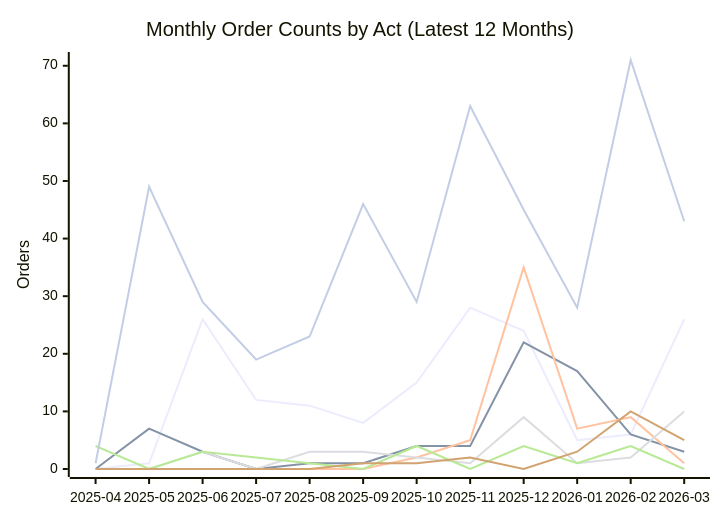
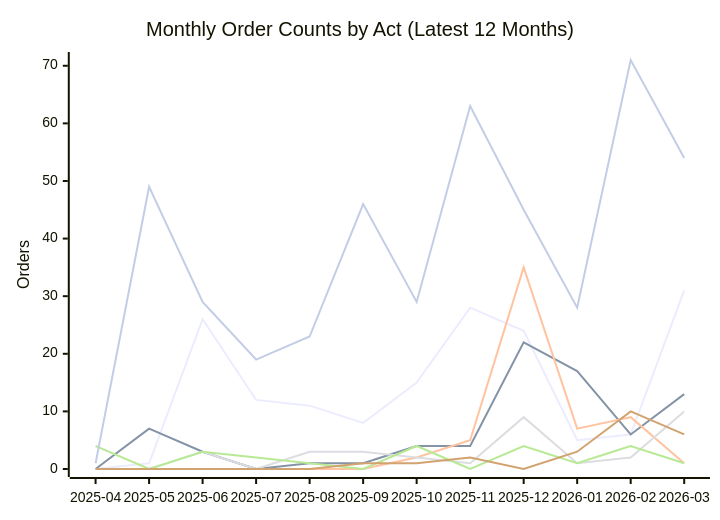
Before and after one commit to PatLittle/oic-data: the second of 2 diagrams in README.md, drawn with Mermaid. The commit also changed other lines of this file and 59 other files, not shown here.

````diff
--- a/README.md
+++ b/README.md
@@ -71,13 +71,13 @@
 ```mermaid
 xychart-beta
     title "Monthly Order Counts by Act (Latest 12 Months)"
     x-axis ["2025-04", "2025-05", "2025-06", "2025-07", "2025-08", "2025-09", "2025-10", "2025-11", "2025-12", "2026-01", "2026-02", "2026-03"]
     y-axis "Orders" 0 --> 71
-    line [0, 1, 26, 12, 11, 8, 15, 28, 24, 5, 6, 26]
-    line [0, 7, 3, 0, 1, 1, 4, 4, 22, 17, 6, 3]
+    line [0, 1, 26, 12, 11, 8, 15, 28, 24, 5, 6, 31]
+    line [0, 7, 3, 0, 1, 1, 4, 4, 22, 17, 6, 13]
     line [0, 0, 0, 0, 0, 0, 2, 5, 35, 7, 9, 1]
     line [0, 0, 3, 0, 3, 3, 2, 1, 9, 1, 2, 10]
-    line [4, 0, 3, 2, 1, 0, 4, 0, 4, 1, 4, 0]
-    line [0, 0, 0, 0, 0, 1, 1, 2, 0, 3, 10, 5]
-    line [1, 49, 29, 19, 23, 46, 29, 63, 45, 28, 71, 43]
+    line [4, 0, 3, 2, 1, 0, 4, 0, 4, 1, 4, 1]
+    line [0, 0, 0, 0, 0, 1, 1, 2, 0, 3, 10, 6]
+    line [1, 49, 29, 19, 23, 46, 29, 63, 45, 28, 71, 54]
 ```
````
